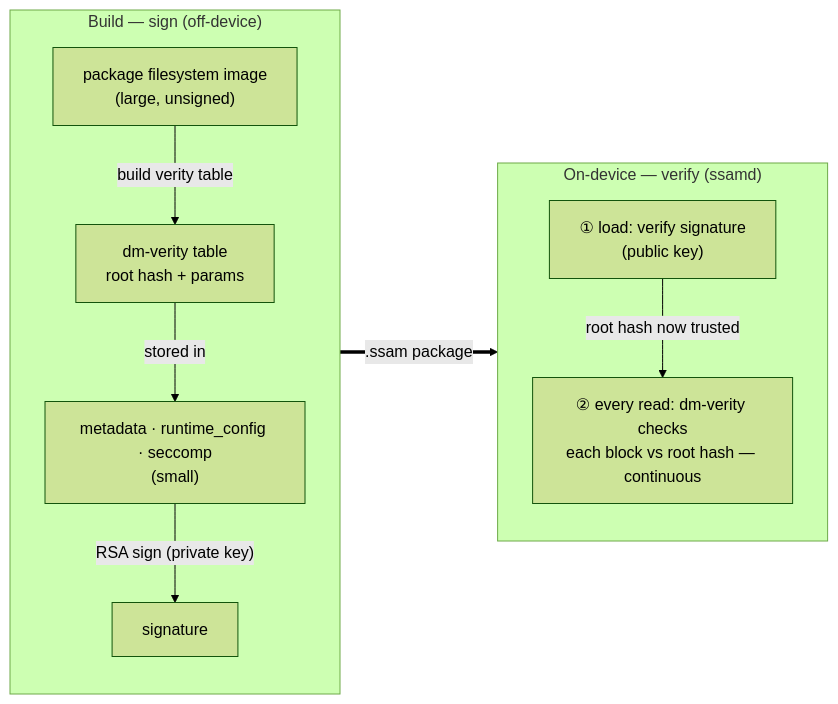
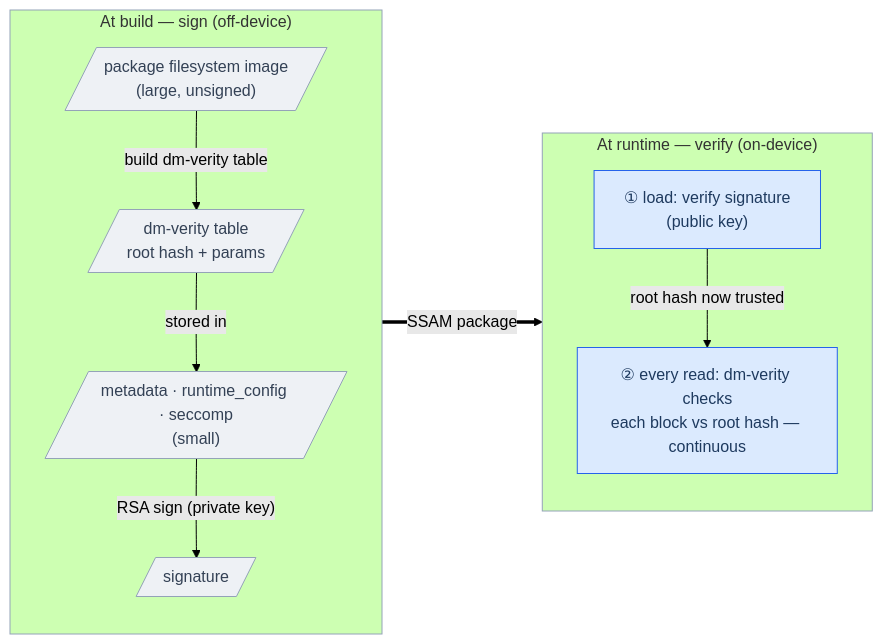
One commit to mobis-oss/ssam changed the diagram in docs/architecture/package-integrity.md. Above: the diagram before and after it, drawn with Mermaid (forest theme). The commit also changed other lines of this file and 14 other files, not shown here.

Commit message:
docs: Add architecture documents

````diff
--- a/docs/architecture/package-integrity.md
+++ b/docs/architecture/package-integrity.md
@@ -56,19 +59,26 @@
 ```mermaid
 flowchart LR
-  subgraph SIGN["Build — sign (off-device)"]
+  subgraph SIGN["At build — sign (off-device)"]
     direction TB
-    IMG["package filesystem image<br/>(large, unsigned)"]
-    IMG -->|"build verity table"| RH["dm-verity table<br/>root hash + params"]
-    RH -->|"stored in"| CFG["metadata · runtime_config · seccomp<br/>(small)"]
-    CFG -->|"RSA sign (private key)"| SIG["signature"]
+    IMG[/"package filesystem image<br/>(large, unsigned)"/]
+    IMG -->|"build dm-verity table"| RH[/"dm-verity table<br/>root hash + params"/]
+    RH -->|"stored in"| CFG[/"metadata · runtime_config · seccomp<br/>(small)"/]
+    CFG -->|"RSA sign (private key)"| SIG[/"signature"/]
   end
 
-  subgraph DEV["On-device — verify (ssamd)"]
+  subgraph DEV["At runtime — verify (on-device)"]
     direction TB
     ONCE["① load: verify signature<br/>(public key)"]
     CONT["② every read: dm-verity checks<br/>each block vs root hash — continuous"]
     ONCE -->|"root hash now trusted"| CONT
   end
 
-  SIGN ==>|".ssam package"| DEV
+  SIGN ==>|"SSAM package"| DEV
+
+  classDef actor fill:#dbeafe,stroke:#2563eb,color:#1e3a5f;
+  classDef data fill:#eef1f5,stroke:#94a3b8,color:#334155;
+  class IMG,RH,CFG,SIG data;
+  class ONCE,CONT actor;
+  style SIGN stroke:#94a3b8
+  style DEV stroke:#94a3b8
 ```
````
